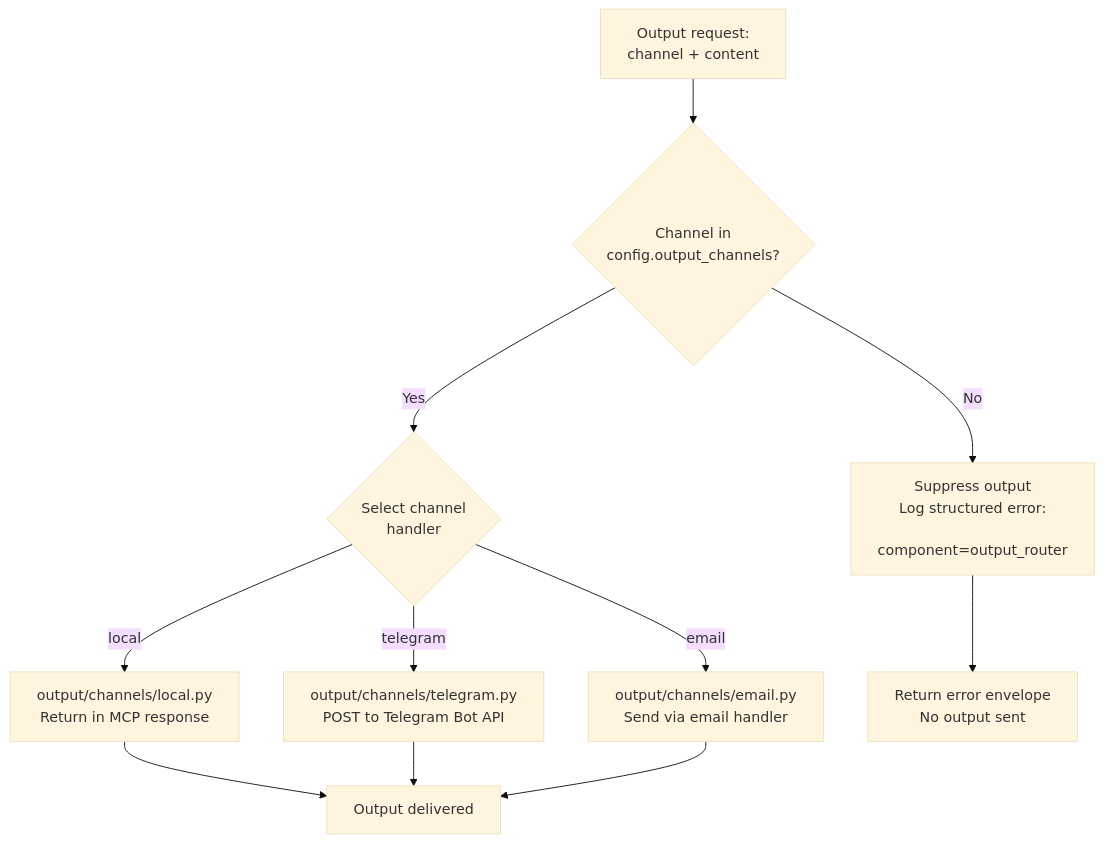
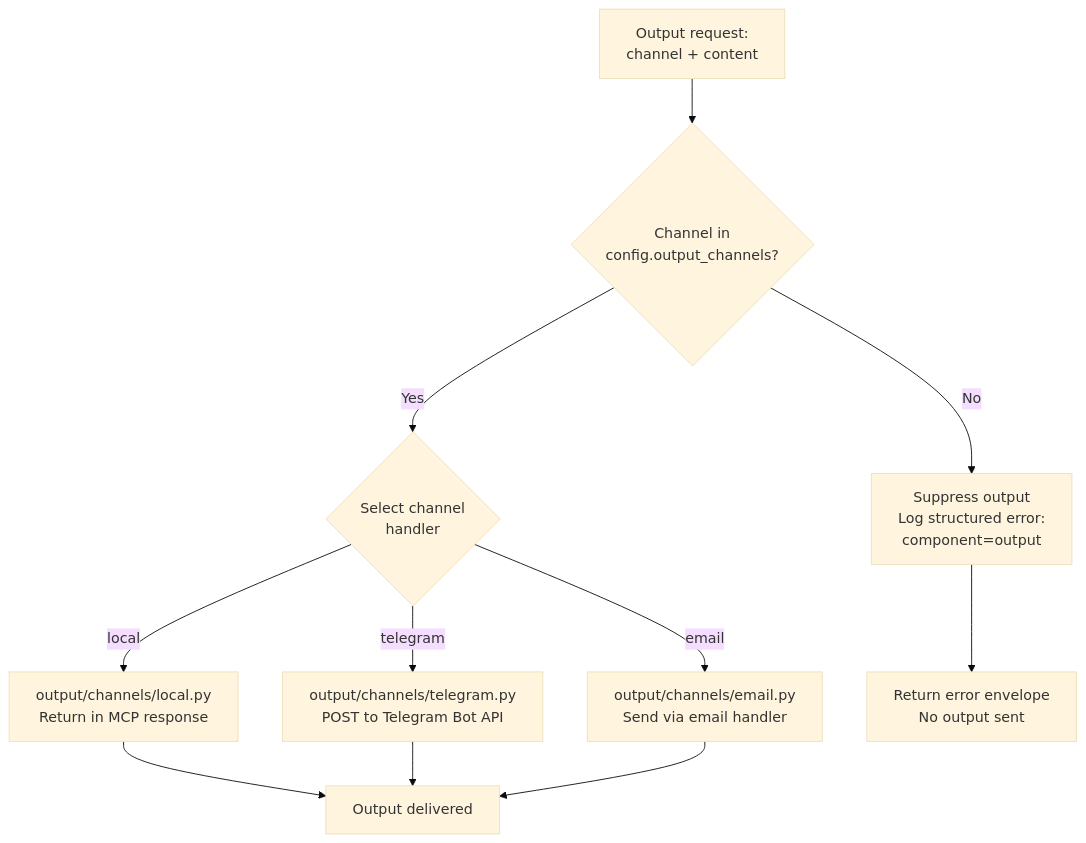
Before and after one commit to iainhgl/chief-of-staff: diagram 13 of 13 in _bmad-output/planning-artifacts/architecture-diagrams.md, drawn with Mermaid (base theme). The commit also changed other lines of this file and 9 other files, not shown here.

````diff
--- a/_bmad-output/planning-artifacts/architecture-diagrams.md
+++ b/_bmad-output/planning-artifacts/architecture-diagrams.md
@@ -539,19 +537,19 @@
 ```mermaid
 flowchart TD
     REQ[Output request:\nchannel + content]
     VAL{Channel in\nconfig.output_channels?}
-    SUPP[Suppress output\nLog structured error:\n component=output_router]
+    SUPP[Suppress output\nLog structured error:\n component=output]
     ROUTE{Select channel\nhandler}
     LOCAL[output/channels/local.py\nReturn in MCP response]
     TG[output/channels/telegram.py\nPOST to Telegram Bot API]
     EMAIL[output/channels/email.py\nSend via email handler]
     DONE[Output delivered]
 
     REQ --> VAL
     VAL -- No --> SUPP
     VAL -- Yes --> ROUTE
     ROUTE -- local --> LOCAL --> DONE
     ROUTE -- telegram --> TG --> DONE
     ROUTE -- email --> EMAIL --> DONE
     SUPP --> END[Return error envelope\nNo output sent]
 ```
````
